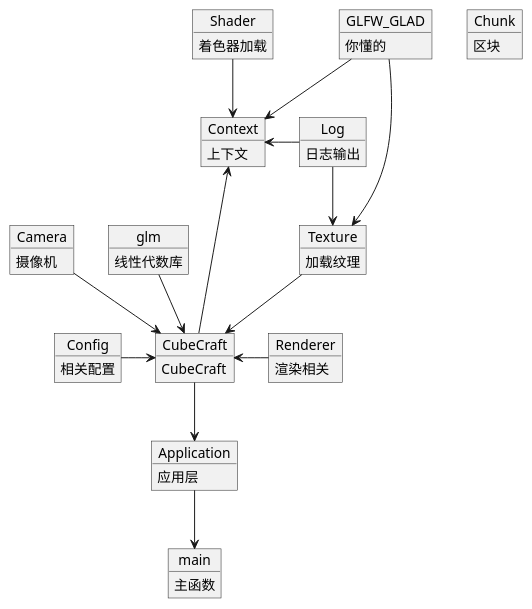
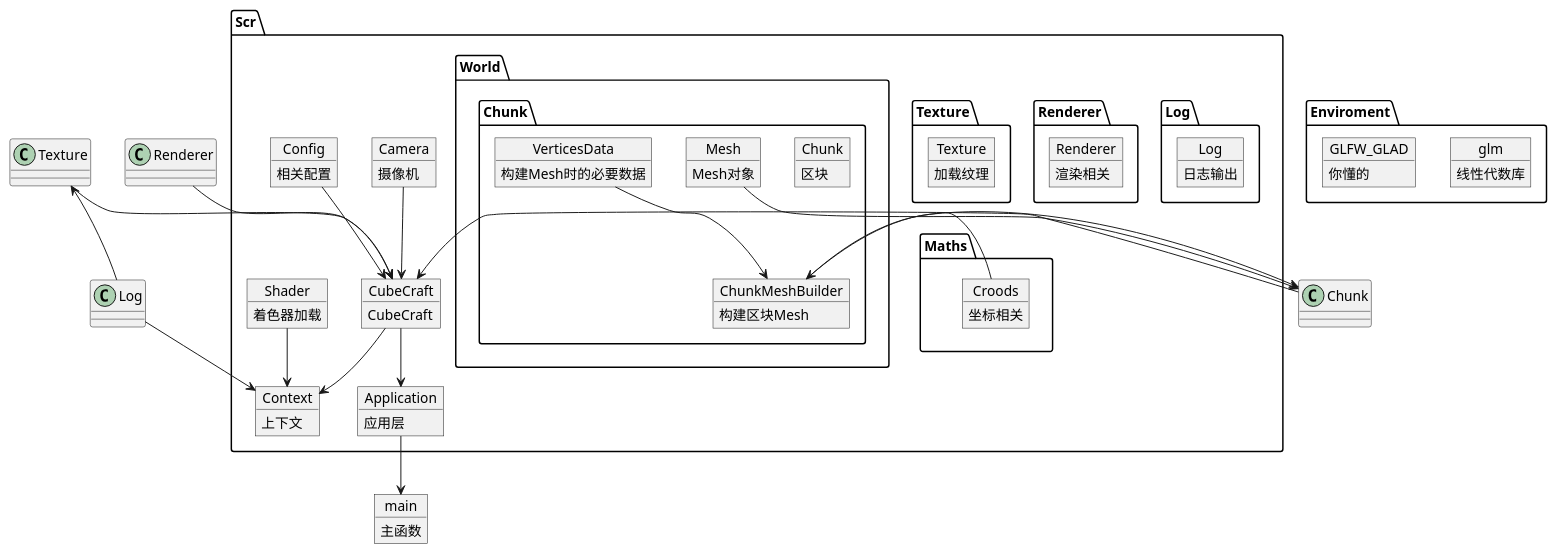
The diagram in PlantUML/[real]headers.puml (ChewyTube/CubeCraft-temp), drawn with PlantUML before and after one commit. The commit also changed 10 other files, not shown here.

```diff
--- a/PlantUML/[real]headers.puml
+++ b/PlantUML/[real]headers.puml
@@ -1,65 +1,98 @@
 @startuml headers 
 
 object main{
     主函数
 }
-object Application{
-    应用层
-}
-object CubeCraft{
-    CubeCraft
-}
-object Context{
-    上下文
+
+package Enviroment{
+    object glm{
+        线性代数库
+    }
+    object GLFW_GLAD{
+        你懂的
+    }
+    'glm -right-> GLFW_GLAD
 }
 
-object Camera{
-    摄像机
-}
-object Shader{
-    着色器加载
+package Scr{
+    package Log{
+        object Log{
+            日志输出
+        }
+    }
+    package Maths{
+        object Croods{
+            坐标相关
+        }
+    }
+    package Renderer{
+        object Renderer{
+            渲染相关
+        }
+    }
+    package Texture{
+        object Texture{
+            加载纹理
+        }
+    }
+    package World{
+        package Chunk{
+            object Chunk{
+                区块
+            }
+            object ChunkMeshBuilder{
+                构建区块Mesh
+            }
+            object Mesh{
+                Mesh对象
+            }
+            object VerticesData{
+                构建Mesh时的必要数据
+            }
+        }
+    }
+    object Application{
+        应用层
+    }
+    object CubeCraft{
+        CubeCraft
+    }
+    object Context{
+        上下文
+    }
+    object Camera{
+        摄像机
+    }
+    object Shader{
+        着色器加载
+    }
+    object Config{
+        相关配置
+    }
 }
 
-object Log{
-    日志输出
-}
-object Config{
-    相关配置
-}
-
-object glm{
-    线性代数库
-}
-object GLFW_GLAD{
-    你懂的
-}
-
-object Texture{
-    加载纹理
-}
-
-object Renderer{
-    渲染相关
-}
-object Chunk{
-    区块
-}
+Maths -[hidden]- Log
+Log -[hidden]left- Texture
 
 Application --> main
 CubeCraft --> Application
 
 Camera --> CubeCraft
-glm --> CubeCraft
-Config -> CubeCraft
+Config --> CubeCraft
 Texture --> CubeCraft
-Renderer -left-> CubeCraft
+Renderer --> CubeCraft
+Chunk -->CubeCraft
 
-GLFW_GLAD --> Context
 Shader --> Context
-Log -left-> Context
+Log --> Context
 CubeCraft --> Context
 
-GLFW_GLAD --> Texture
 Log --> Texture
 
+Mesh --> Chunk
+ChunkMeshBuilder --> Chunk
+
+Croods -right-> ChunkMeshBuilder
+VerticesData --> ChunkMeshBuilder
+
 @enduml
```
